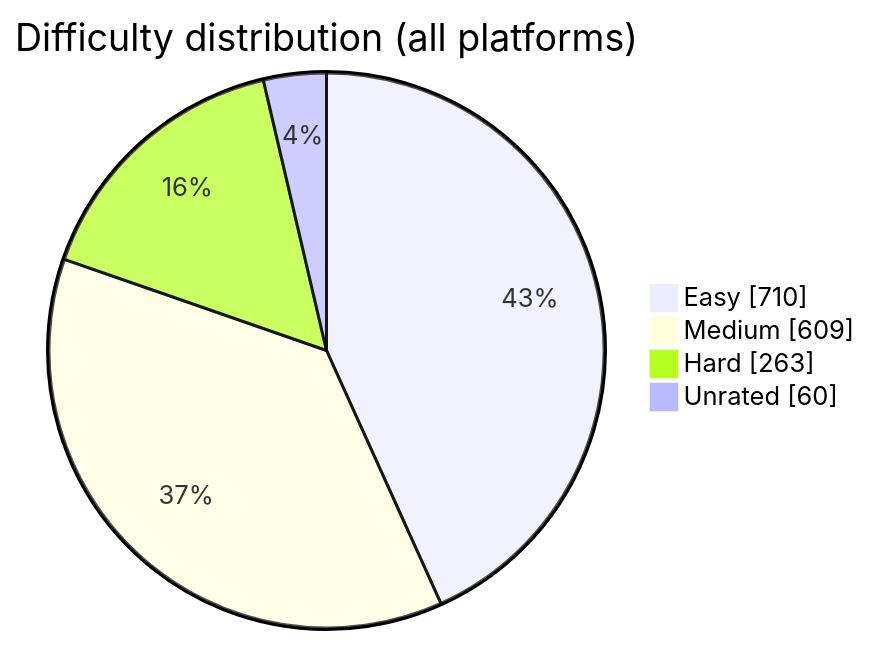
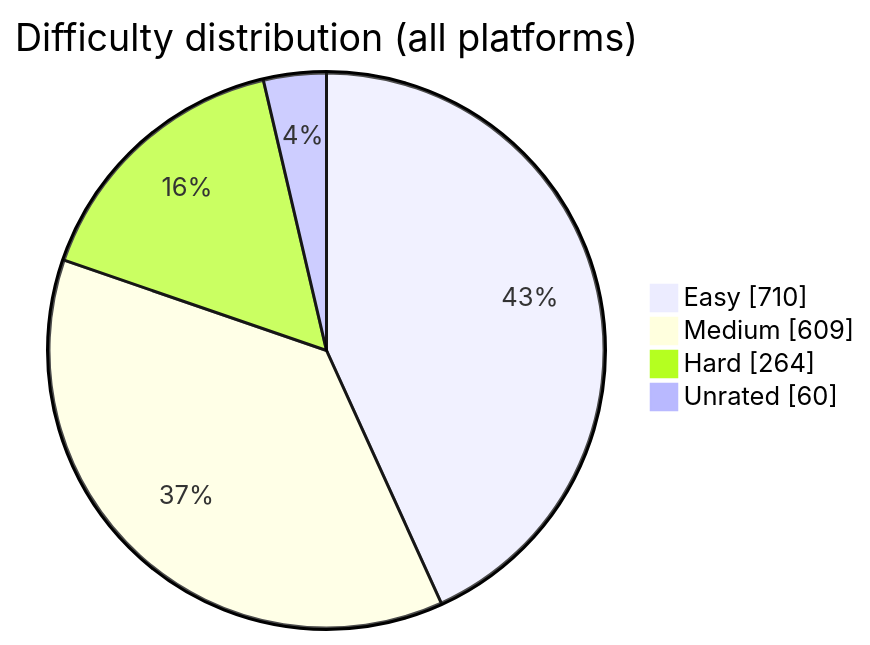
The diagram in README.md (BuildbyArindam/Daily-Coding-Log), drawn with Mermaid before and after one commit. The commit also changed other lines of this file, not shown here.

````diff
--- a/README.md
+++ b/README.md
@@ -93,7 +93,7 @@
 ```mermaid
 pie showData title Difficulty distribution (all platforms)
     "Easy" : 710
     "Medium" : 609
-    "Hard" : 263
+    "Hard" : 264
     "Unrated" : 60
 ```
````
